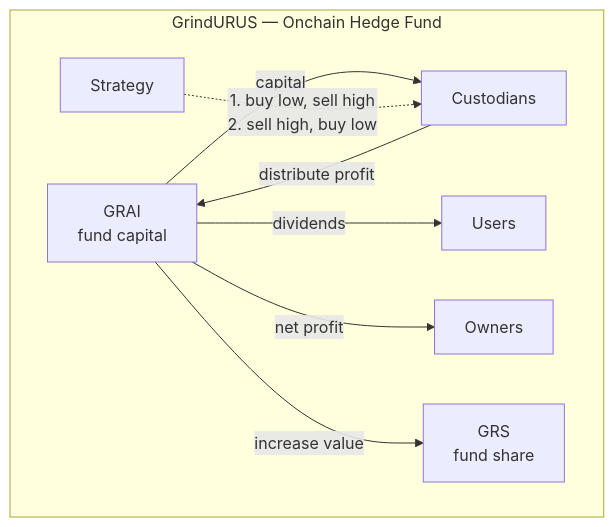
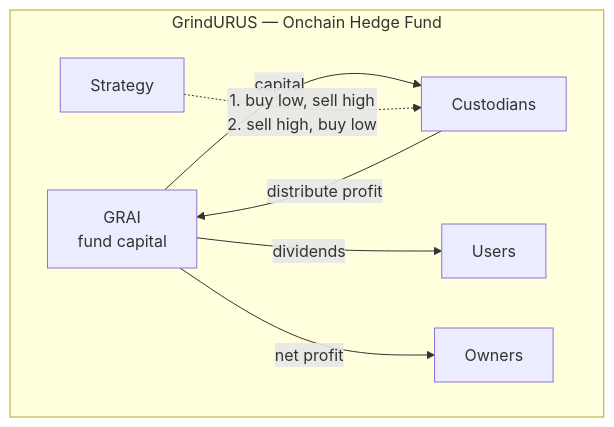
The diagram in general/manifesto.md (grindurus/grindurus-docs), drawn with Mermaid before and after one commit. The commit also changed other lines of this file and 27 other files, not shown here.

````diff
--- a/general/manifesto.md
+++ b/general/manifesto.md
@@ -15,20 +15,18 @@
 ```mermaid
 flowchart LR
     subgraph HF["GrindURUS — Onchain Hedge Fund"]
         direction LR
         GRAI["GRAI<br/>fund capital"]
         CUST["Custodians"]
         STR["Strategy"]
         USR["Users"]
         OWNERS["Owners"]
-        EQ["GRS<br/>fund share"]
     end
 
     GRAI -->|capital| CUST
     STR -.->|1. buy low, sell high<br/>2. sell high, buy low| CUST
     CUST -->|distribute profit| GRAI
 
     GRAI -->|dividends| USR
     GRAI -->|net profit| OWNERS
-    GRAI -->|increase value| EQ
 ```
````
